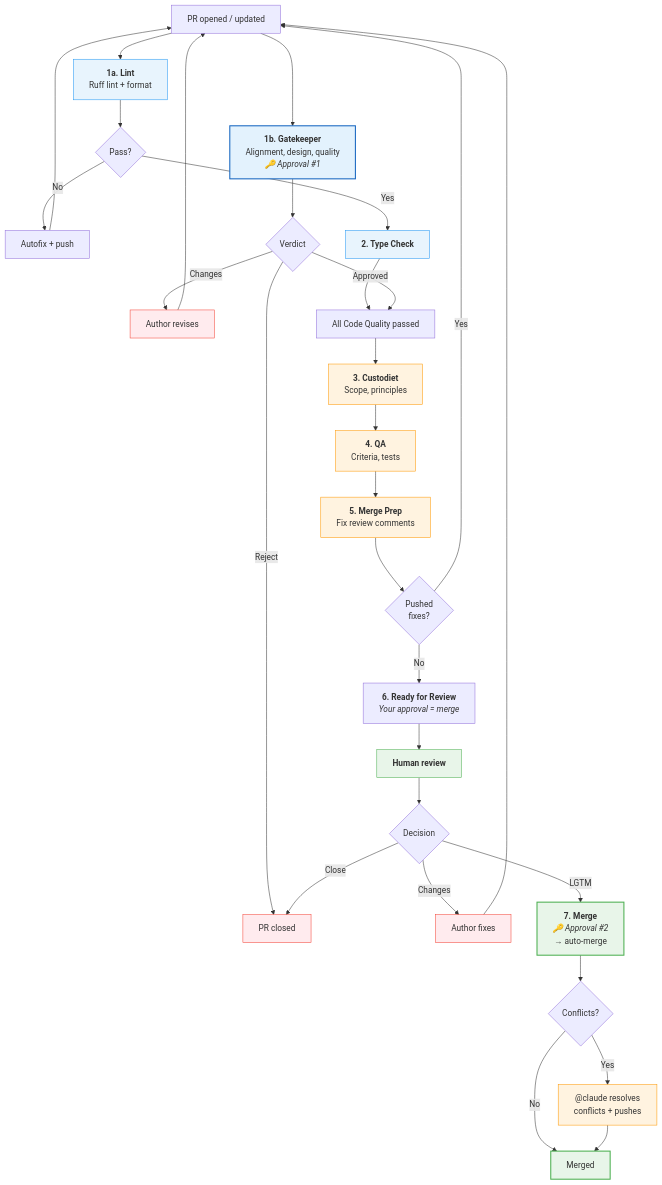
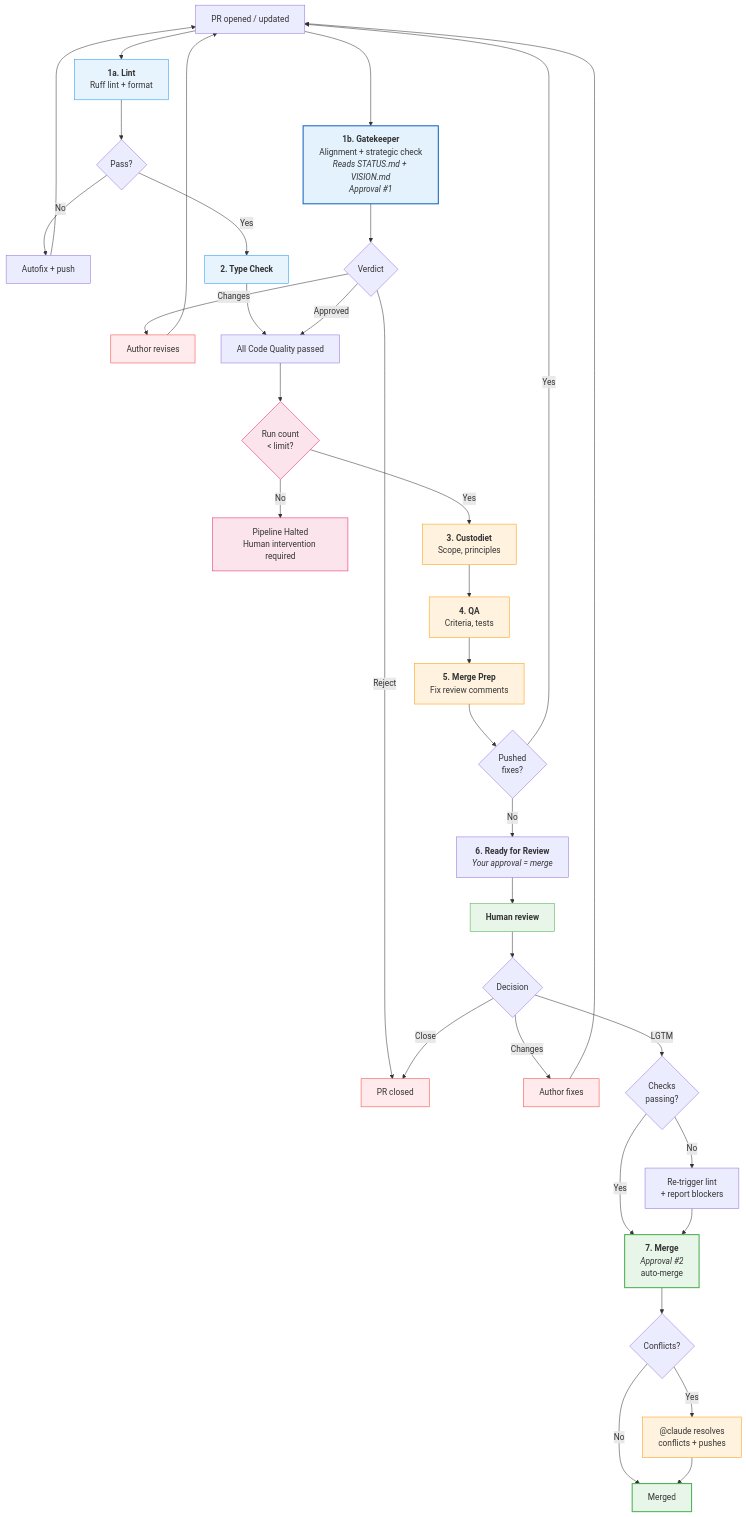
Before and after one commit to nicsuzor/academicOps: the diagram in specs/pr-process.md, drawn with Mermaid. The commit also changed other lines of this file and 5 other files, not shown here.

````diff
--- a/specs/pr-process.md
+++ b/specs/pr-process.md
@@ -64,57 +85,64 @@
 ```mermaid
 flowchart TD
     PR["PR opened / updated"]
 
-    %% ── Code Quality ──
+    %% -- Code Quality --
     PR --> Lint["<b>1a. Lint</b><br/>Ruff lint + format"]
-    PR --> GK["<b>1b. Gatekeeper</b><br/>Alignment, design, quality<br/><i>🔑 Approval #1</i>"]
+    PR --> GK["<b>1b. Gatekeeper</b><br/>Alignment + strategic check<br/><i>Reads STATUS.md + VISION.md</i><br/><i>Approval #1</i>"]
 
     Lint --> LintOK{Pass?}
     LintOK -- No --> AutoFix["Autofix + push"]
     AutoFix --> PR
     LintOK -- Yes --> TypeCk["<b>2. Type Check</b>"]
 
     GK --> GKV{Verdict}
     GKV -- Reject --> Close["PR closed"]
     GKV -- Changes --> FixGK["Author revises"]
     FixGK --> PR
 
-    %% ── Review Pipeline (only if Code Quality passes) ──
+    %% -- Review Pipeline (only if Code Quality passes) --
     TypeCk --> AllPass
     GKV -- Approved --> AllPass["All Code Quality passed"]
 
-    AllPass --> Cust["<b>3. Custodiet</b><br/>Scope, principles"]
+    AllPass --> CascadeCheck{"Run count<br/>< limit?"}
+    CascadeCheck -- No --> Halt["Pipeline Halted<br/>Human intervention required"]
+    CascadeCheck -- Yes --> Cust["<b>3. Custodiet</b><br/>Scope, principles"]
     Cust --> QA["<b>4. QA</b><br/>Criteria, tests"]
     QA --> MP["<b>5. Merge Prep</b><br/>Fix review comments"]
 
     MP --> MPPush{Pushed<br/>fixes?}
     MPPush -- Yes --> PR
     MPPush -- No --> Notify["<b>6. Ready for Review</b><br/><i>Your approval = merge</i>"]
 
     Notify --> Human["<b>Human review</b>"]
     Human --> HV{Decision}
     HV -- Changes --> AuthorFix["Author fixes"]
     AuthorFix --> PR
     HV -- Close --> Close
-    HV -- "LGTM" --> Merge["<b>7. Merge</b><br/><i>🔑 Approval #2</i><br/>→ auto-merge"]
+    HV -- "LGTM" --> CheckStatus{"Checks<br/>passing?"}
+    CheckStatus -- Yes --> Merge["<b>7. Merge</b><br/><i>Approval #2</i><br/>auto-merge"]
+    CheckStatus -- No --> RerunLint["Re-trigger lint<br/>+ report blockers"]
+    RerunLint --> Merge
     Merge --> MergeOK{Conflicts?}
     MergeOK -- No --> Done["Merged"]
     MergeOK -- Yes --> Claude["@claude resolves<br/>conflicts + pushes"]
     Claude --> Done
 
-    %% ── Styling ──
+    %% -- Styling --
     classDef gate fill:#e8f4fd,stroke:#2196f3
     classDef agent fill:#fff3e0,stroke:#ff9800
     classDef gatekeeper fill:#e3f2fd,stroke:#1565c0,stroke-width:2px
     classDef human fill:#e8f5e9,stroke:#4caf50
     classDef fail fill:#ffebee,stroke:#f44336
     classDef success fill:#e8f5e9,stroke:#4caf50,stroke-width:2px
+    classDef guard fill:#fce4ec,stroke:#e91e63
 
     class Lint,TypeCk gate
     class Cust,QA,MP agent
     class GK gatekeeper
     class Human human
     class Close,FixGK,AuthorFix fail
     class Merge,Done success
     class Claude agent
+    class CascadeCheck,Halt guard
 ```
````
